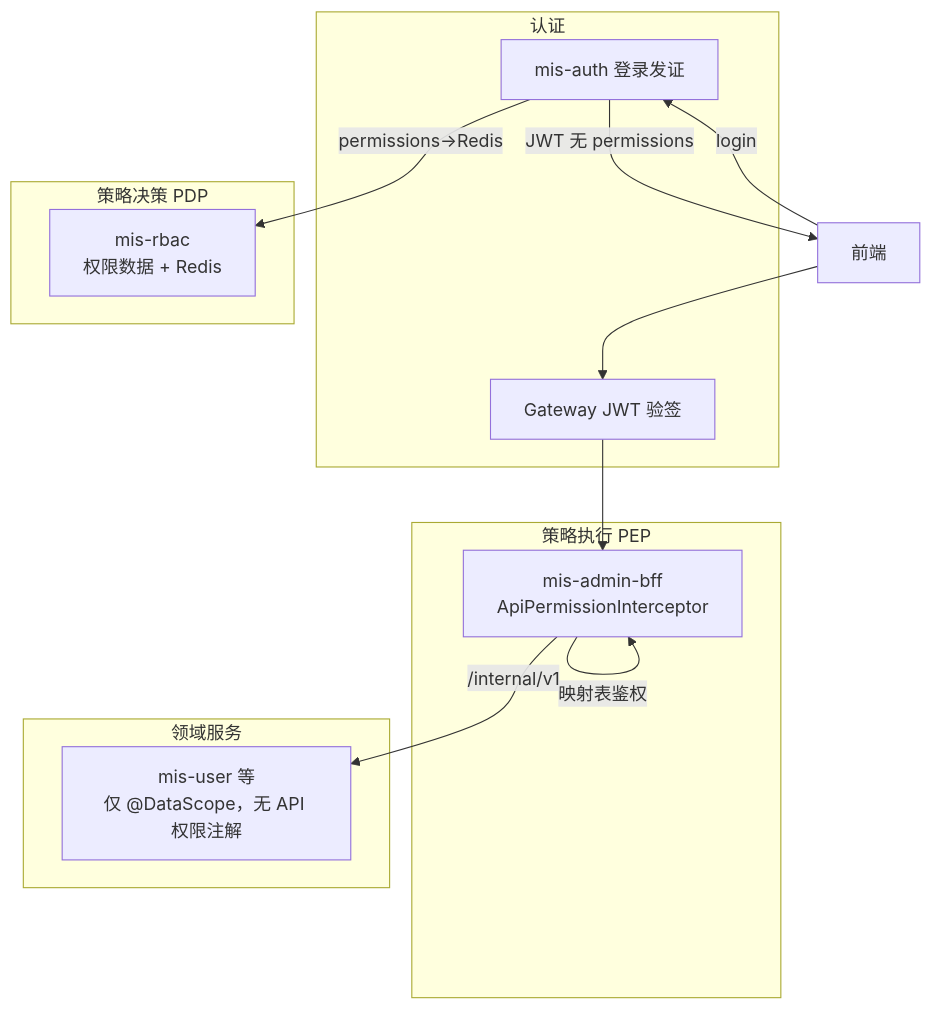
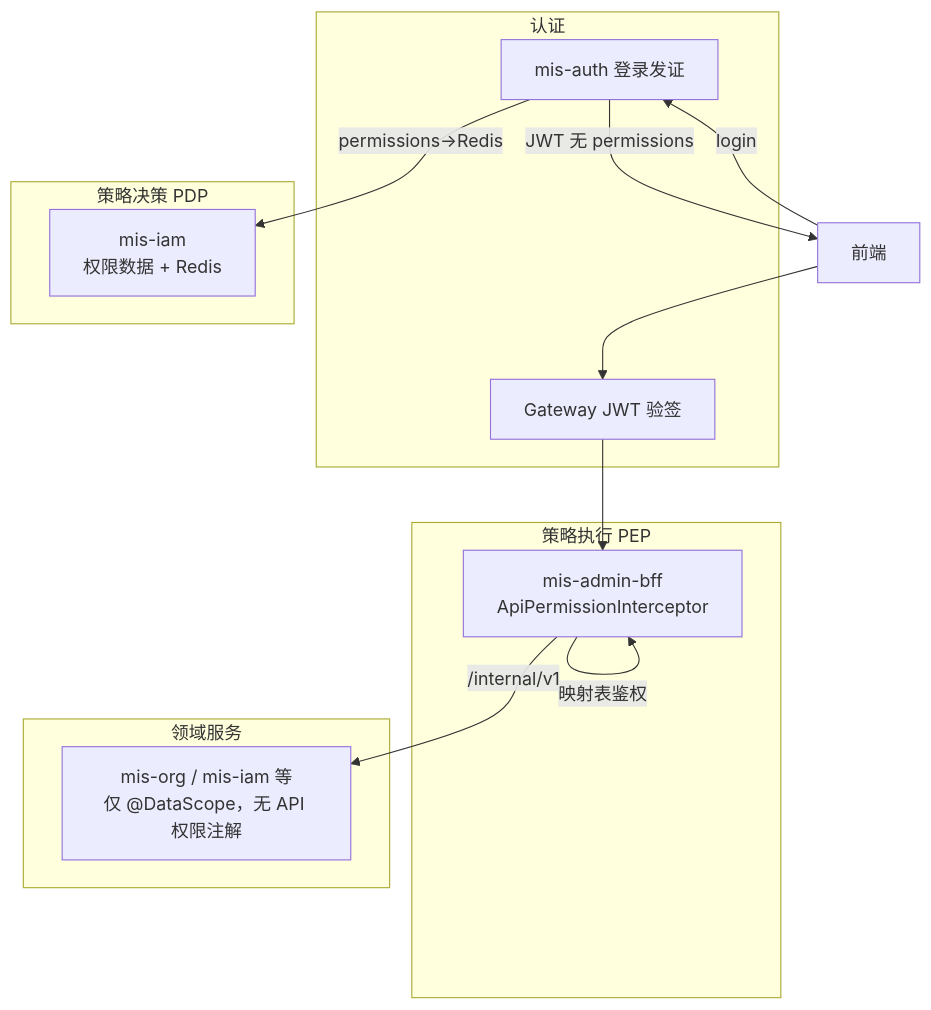
One commit to 13961588612/mis-platform changed the second of 4 diagrams in docs/architecture/03-security.md. Above: the diagram before and after it, drawn with Mermaid. The commit also changed other lines of this file and 30 other files, not shown here.

Commit message:
模块整理 mis-org+mis-user->mis-org mis-rabs->mis-iam  mis-api->mis-system

````diff
--- a/docs/architecture/03-security.md
+++ b/docs/architecture/03-security.md
@@ -104,26 +104,26 @@
 ```mermaid
 flowchart TB
     subgraph AuthN["认证"]
         Login["mis-auth 登录发证"]
         GW["Gateway JWT 验签"]
     end
 
     subgraph PDP["策略决策 PDP"]
-        RBAC["mis-rbac<br/>权限数据 + Redis"]
+        IAM["mis-iam<br/>权限数据 + Redis"]
     end
 
     subgraph PEP["策略执行 PEP"]
         BFF["mis-admin-bff<br/>ApiPermissionInterceptor"]
     end
 
     subgraph Domain["领域服务"]
-        Svc["mis-user 等<br/>仅 @DataScope，无 API 权限注解"]
+        Svc["mis-org / mis-iam 等<br/>仅 @DataScope，无 API 权限注解"]
     end
 
     FE[前端] -->|login| Login
-    Login -->|permissions→Redis| RBAC
+    Login -->|permissions→Redis| IAM
     Login -->|JWT 无 permissions| FE
     FE --> GW --> BFF
     BFF -->|映射表鉴权| BFF
     BFF -->|/internal/v1| Svc
 ```
````
